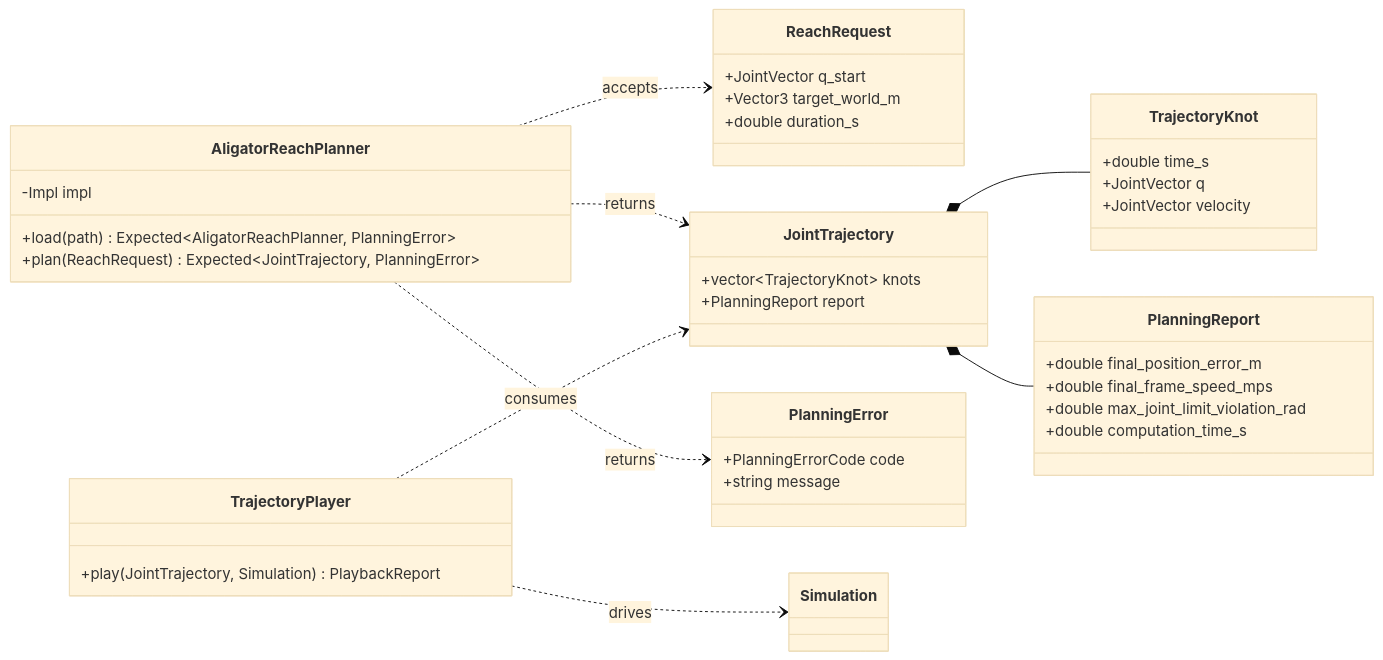
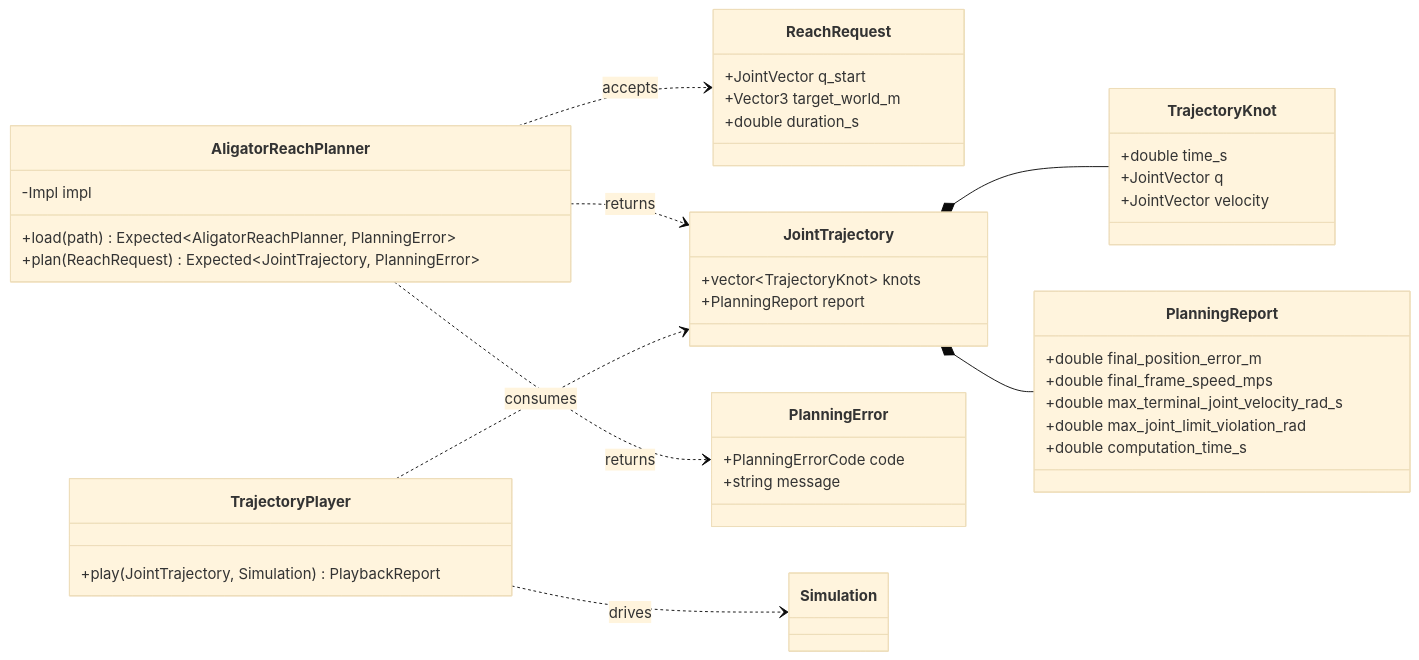
One commit to rdesarz/arm-motion-planning changed the diagram in specs/001-aligator-reach-trajectory.md. Above: the diagram before and after it, drawn with Mermaid (base theme). The commit also changed other lines of this file and 15 other files, not shown here.

````diff
--- a/specs/001-aligator-reach-trajectory.md
+++ b/specs/001-aligator-reach-trajectory.md
@@ -253,53 +254,54 @@
 ```mermaid
 classDiagram
     direction LR
 
     class AligatorReachPlanner {
         +load(path) Expected~AligatorReachPlanner, PlanningError~
         +plan(ReachRequest) Expected~JointTrajectory, PlanningError~
         -Impl impl
     }
 
     class ReachRequest {
         +JointVector q_start
         +Vector3 target_world_m
         +double duration_s
     }
 
     class JointTrajectory {
         +vector~TrajectoryKnot~ knots
         +PlanningReport report
     }
 
     class TrajectoryKnot {
         +double time_s
         +JointVector q
         +JointVector velocity
     }
 
     class PlanningReport {
         +double final_position_error_m
         +double final_frame_speed_mps
+        +double max_terminal_joint_velocity_rad_s
         +double max_joint_limit_violation_rad
         +double computation_time_s
     }
 
     class PlanningError {
         +PlanningErrorCode code
         +string message
     }
 
     class TrajectoryPlayer {
         +play(JointTrajectory, Simulation) PlaybackReport
     }
 
     class Simulation
 
     AligatorReachPlanner ..> ReachRequest : accepts
     AligatorReachPlanner ..> JointTrajectory : returns
     AligatorReachPlanner ..> PlanningError : returns
     JointTrajectory *-- TrajectoryKnot
     JointTrajectory *-- PlanningReport
     TrajectoryPlayer ..> JointTrajectory : consumes
     TrajectoryPlayer ..> Simulation : drives
 ```
````
